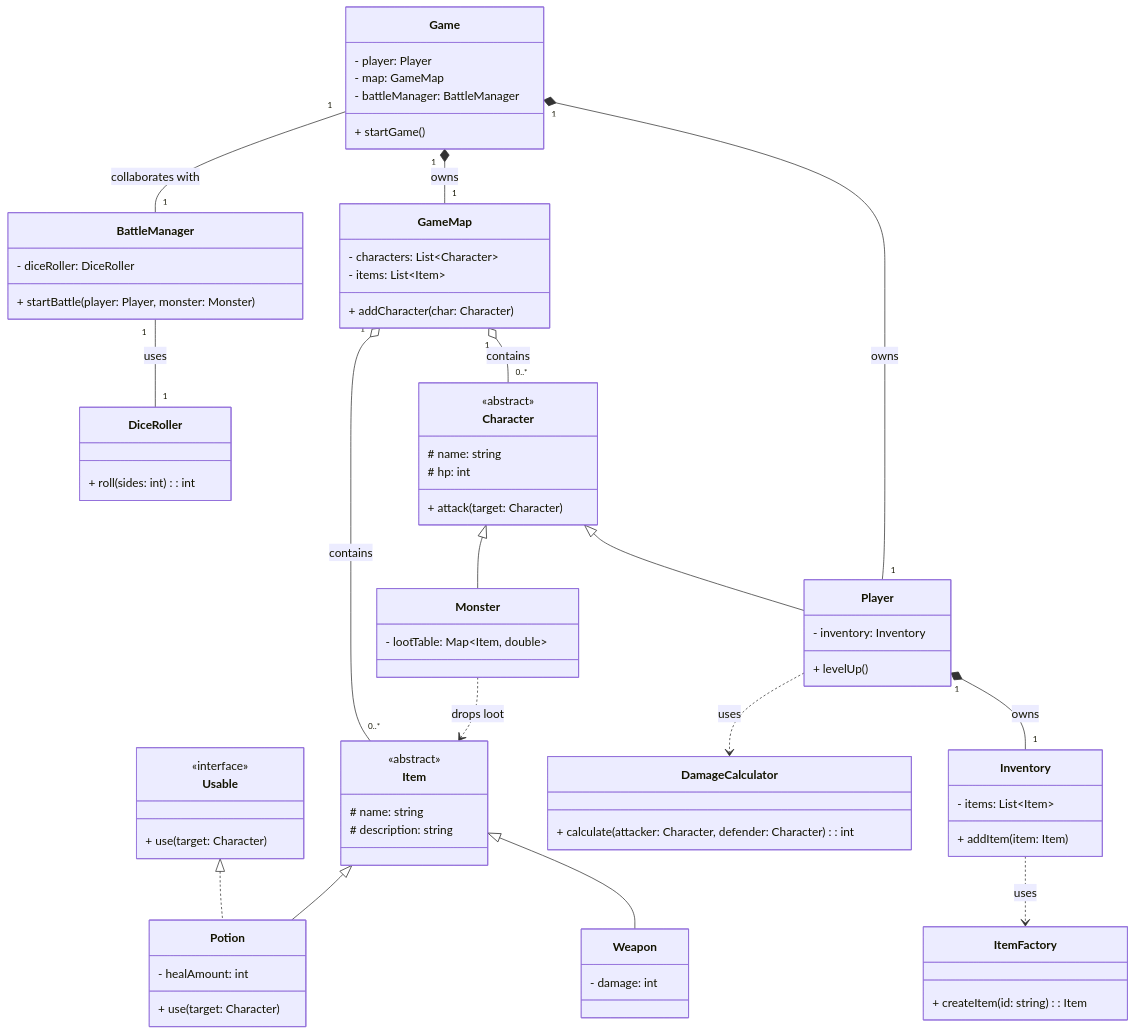
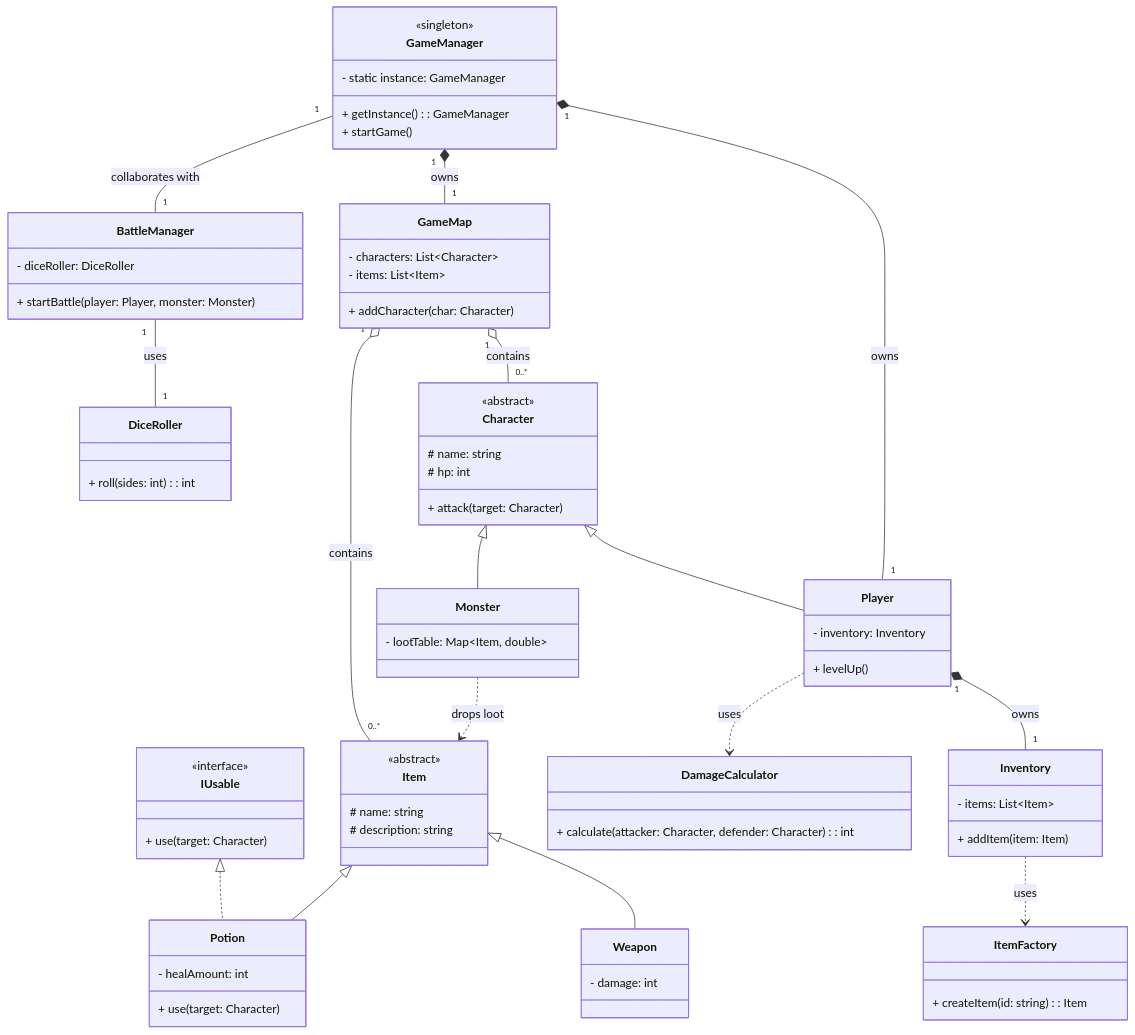
One commit to UDteach/class-relationship-examples changed the first of 2 diagrams in README.md. Above: the diagram before and after it, drawn with Mermaid. The commit also changed other lines of this file, not shown here.

````diff
--- a/README.md
+++ b/README.md
@@ -34,7 +36,7 @@
 ```mermaid
 classDiagram
     %% Interfaces
-    class Usable {
+    class IUsable {
         <<interface>>
         + use(target: Character)
     }
@@ -53,10 +55,10 @@
     }
 
     %% Concrete Classes
-    class Game {
-        - player: Player
-        - map: GameMap
-        - battleManager: BattleManager
+    class GameManager {
+        <<singleton>>
+        - static instance: GameManager
+        + getInstance(): GameManager
         + startGame()
     }
     class Player {
@@ -105,11 +107,11 @@
     Item <|-- Potion
 
     %% Interface (can-do)
-    Usable <|.. Potion
+    IUsable <|.. Potion
 
     %% Composition (owns-a, strong)
-    Game "1" *-- "1" Player : owns
-    Game "1" *-- "1" GameMap : owns
+    GameManager "1" *-- "1" Player : owns
+    GameManager "1" *-- "1" GameMap : owns
     Player "1" *-- "1" Inventory : owns
 
     %% Aggregation (has-a, weak)
@@ -117,7 +119,7 @@
     GameMap "1" o-- "0..*" Item : contains
 
     %% Association (uses-a, peer)
-    Game "1" -- "1" BattleManager : collaborates with
+    GameManager "1" -- "1" BattleManager : collaborates with
     BattleManager "1" -- "1" DiceRoller : uses
 
 
````
